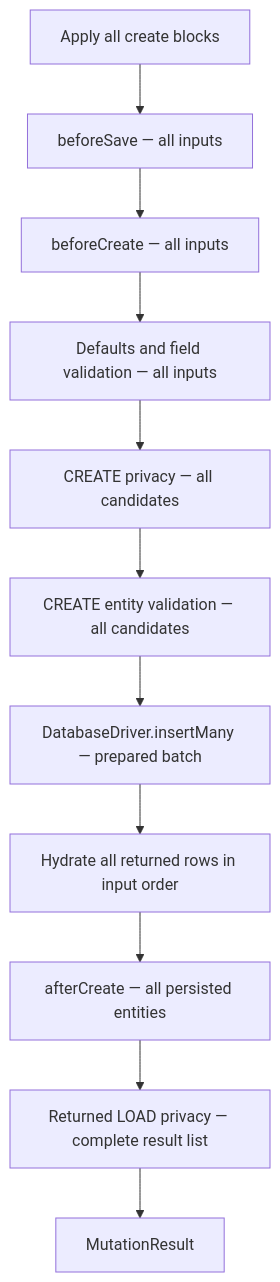
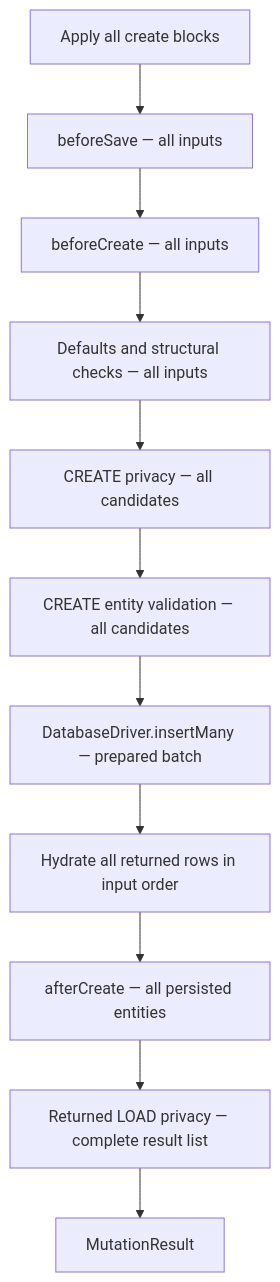
The fifth of 6 diagrams in docs/operation-lifecycle.md (CaseyMcGuire/EntKt), drawn with Mermaid before and after one commit. The commit also changed other lines of this file and 41 other files, not shown here.

Commit message:
Move field validation from schemas to client policies

````diff
--- a/docs/operation-lifecycle.md
+++ b/docs/operation-lifecycle.md
@@ -232,13 +231,13 @@
 ```mermaid
 flowchart TD
     blocks["Apply all create blocks"] --> beforeSave["beforeSave — all inputs"]
     beforeSave --> beforeCreate["beforeCreate — all inputs"]
-    beforeCreate --> fields["Defaults and field validation — all inputs"]
+    beforeCreate --> fields["Defaults and structural checks — all inputs"]
     fields --> privacy["CREATE privacy — all candidates"]
     privacy --> validation["CREATE entity validation — all candidates"]
     validation --> insert["DatabaseDriver.insertMany — prepared batch"]
     insert --> hydrate["Hydrate all returned rows in input order"]
     hydrate --> after["afterCreate — all persisted entities"]
     after --> load["Returned LOAD privacy — complete result list"]
     load --> result["MutationResult"]
 ```
````
